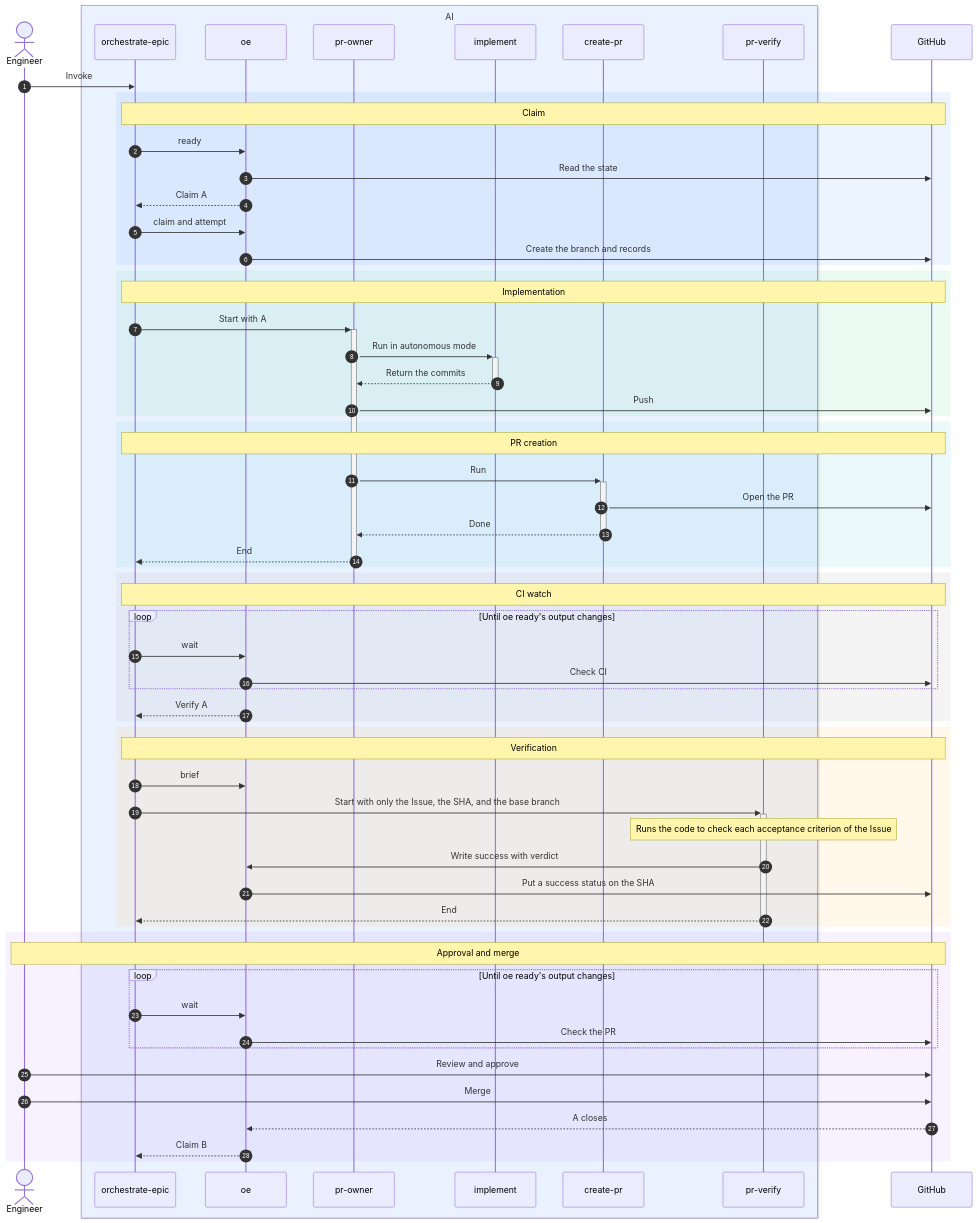
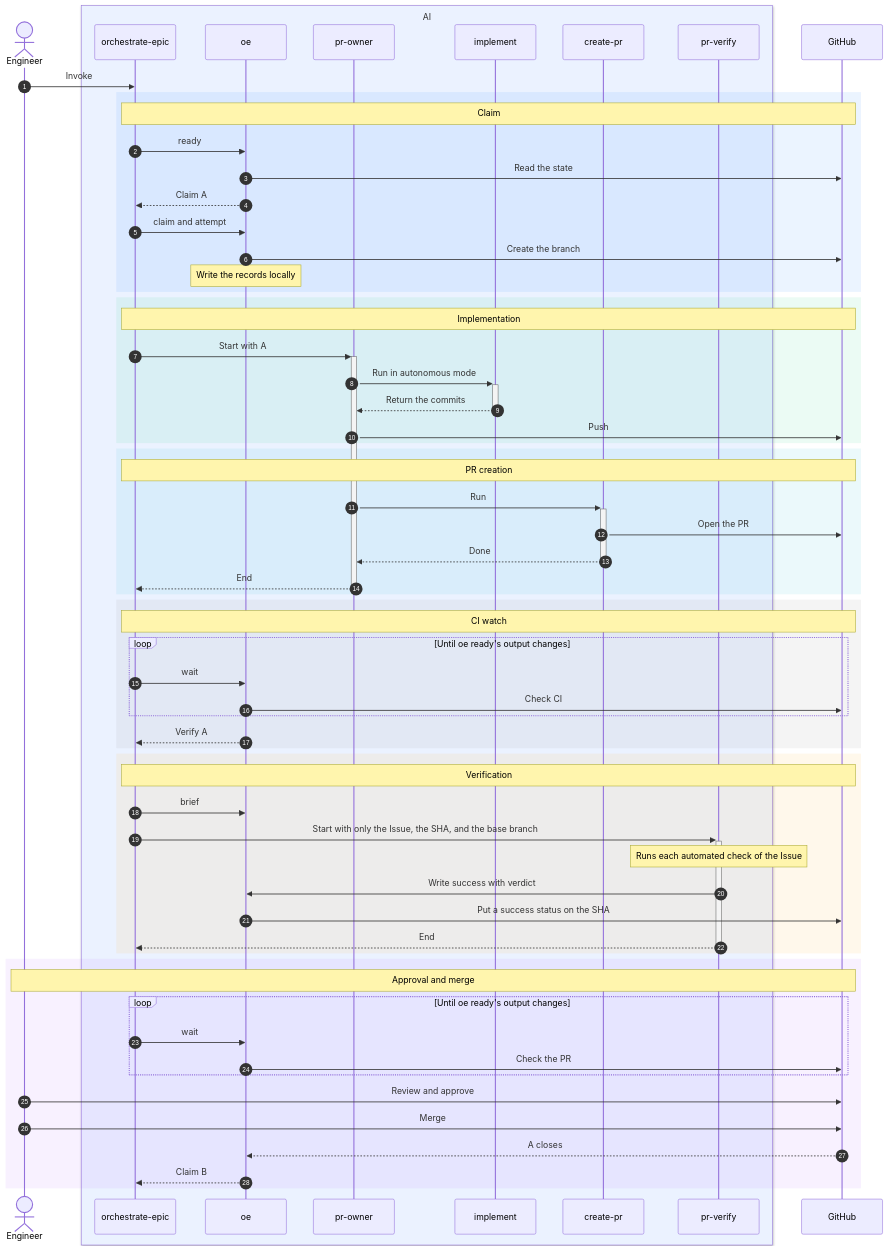
Before and after one commit to maro114510/skills: the second of 2 diagrams in docs/design/orchestrate-epic.md, drawn with Mermaid. The commit also changed other lines of this file, not shown here.

First line of the commit message:
docs(orchestrate-epic): plan local records, oe status, and split checks (#466)

````diff
--- a/docs/design/orchestrate-epic.md
+++ b/docs/design/orchestrate-epic.md
@@ -138,65 +141,66 @@
 ```mermaid
 sequenceDiagram
   autonumber
   actor H as Engineer
   box rgb(235,242,255) AI
     participant O as orchestrate-epic
     participant E as oe
     participant W as pr-owner
     participant I as implement
     participant C as create-pr
     participant V as pr-verify
   end
   participant G as GitHub
   H->>O: Invoke
   rect rgba(0,120,255,0.08)
     Note over O,G: Claim
     O->>E: ready
     E->>G: Read the state
     E-->>O: Claim A
     O->>E: claim and attempt
-    E->>G: Create the branch and records
+    E->>G: Create the branch
+    Note over E: Write the records locally
   end
   rect rgba(0,200,120,0.08)
     Note over O,G: Implementation
     O->>+W: Start with A
     W->>+I: Run in autonomous mode
     I-->>-W: Return the commits
     W->>G: Push
   end
   rect rgba(0,180,200,0.08)
     Note over O,G: PR creation
     W->>+C: Run
     C->>G: Open the PR
     C-->>-W: Done
     W-->>-O: End
   end
   rect rgba(120,120,120,0.08)
     Note over O,G: CI watch
     loop Until oe ready's output changes
       O->>E: wait
       E->>G: Check CI
     end
     E-->>O: Verify A
   end
   rect rgba(255,160,0,0.08)
     Note over O,G: Verification
     O->>E: brief
     O->>+V: Start with only the Issue, the SHA, and the base branch
-    Note over V: Runs the code to check each acceptance criterion of the Issue
+    Note over V: Runs each automated check of the Issue
     V->>E: Write success with verdict
     E->>G: Put a success status on the SHA
     V-->>-O: End
   end
   rect rgba(160,80,255,0.08)
     Note over H,G: Approval and merge
     loop Until oe ready's output changes
       O->>E: wait
       E->>G: Check the PR
     end
     H->>G: Review and approve
     H->>G: Merge
     G-->>E: A closes
     E-->>O: Claim B
   end
 ```
````
